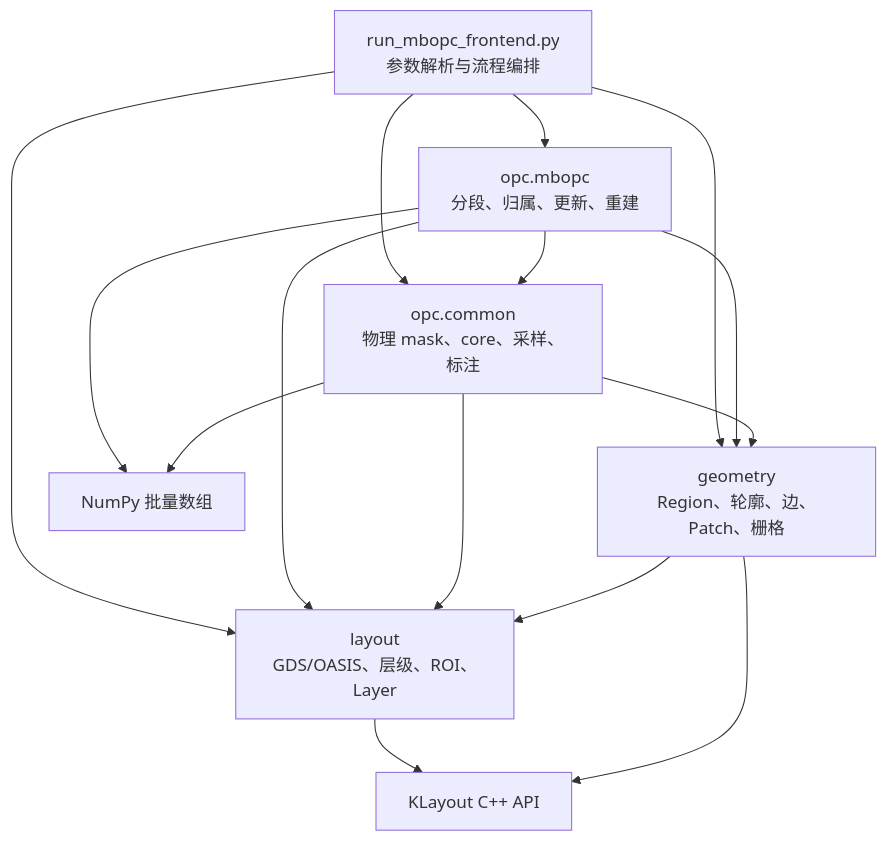
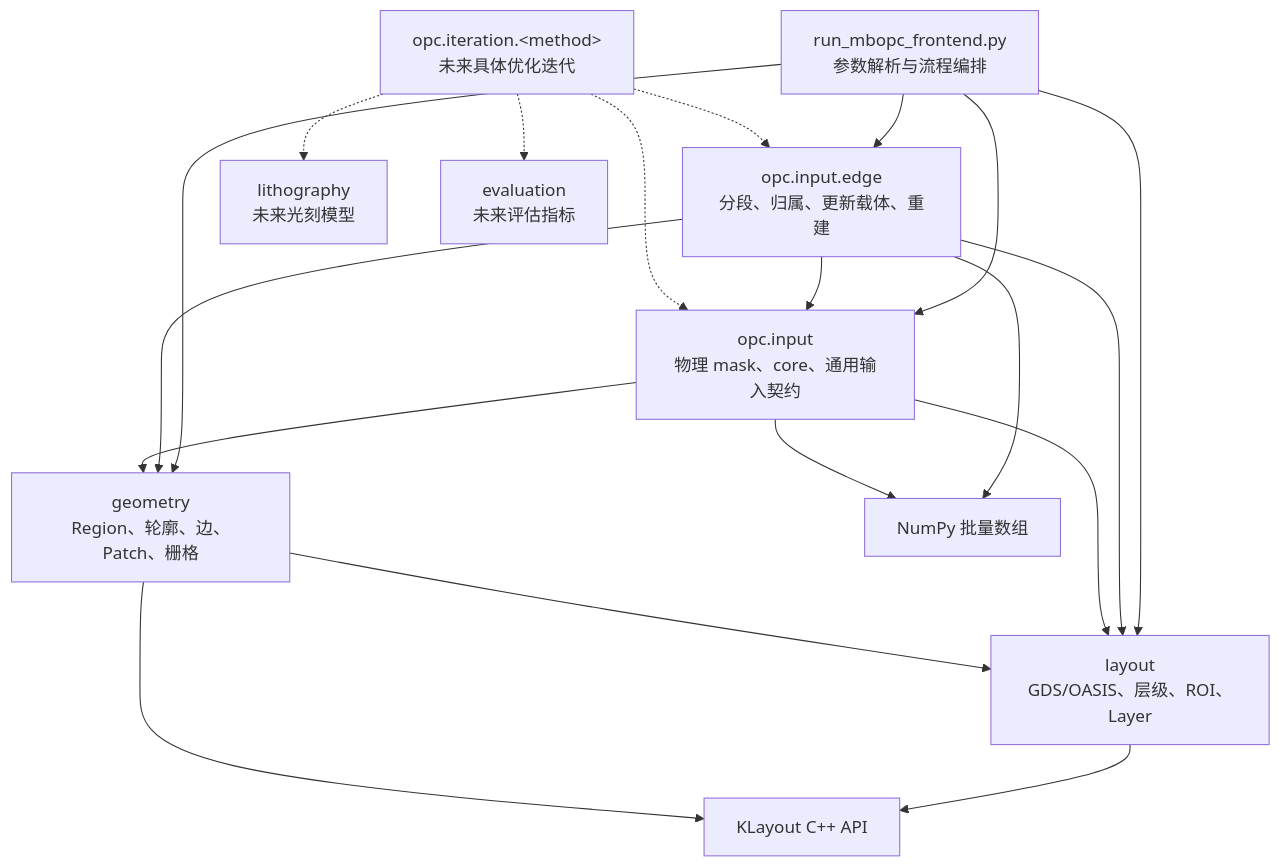
One commit to Eve429/MyOPC changed the first of 9 diagrams in doc/function_call_architecture.md. Above: the diagram before and after it, drawn with Mermaid. The commit also changed other lines of this file and 29 other files, not shown here.

Commit message:
refactor(opc): split input and iteration directories

````diff
--- a/doc/function_call_architecture.md
+++ b/doc/function_call_architecture.md
@@ -16,25 +16,32 @@
 ```mermaid
 flowchart TB
     CLI["run_mbopc_frontend.py<br/>参数解析与流程编排"]
-    MB["opc.mbopc<br/>分段、归属、更新、重建"]
-    COMMON["opc.common<br/>物理 mask、core、采样、标注"]
+    MB["opc.input.edge<br/>分段、归属、更新载体、重建"]
+    COMMON["opc.input<br/>物理 mask、core、通用输入契约"]
+    ITERATION["opc.iteration.&lt;method&gt;<br/>未来具体优化迭代"]
+    LITHOGRAPHY["lithography<br/>未来光刻模型"]
+    EVALUATION["evaluation<br/>未来评估指标"]
     GEOMETRY["geometry<br/>Region、轮廓、边、Patch、栅格"]
     LAYOUT["layout<br/>GDS/OASIS、层级、ROI、Layer"]
     KLAYOUT["KLayout C++ API"]
     NUMPY["NumPy 批量数组"]
 
     CLI --> MB
     CLI --> COMMON
     CLI --> GEOMETRY
     CLI --> LAYOUT
     MB --> COMMON
     MB --> GEOMETRY
     MB --> LAYOUT
     COMMON --> GEOMETRY
     COMMON --> LAYOUT
     GEOMETRY --> LAYOUT
     LAYOUT --> KLAYOUT
     GEOMETRY --> KLAYOUT
     MB --> NUMPY
     COMMON --> NUMPY
+    ITERATION -.-> MB
+    ITERATION -.-> COMMON
+    ITERATION -.-> LITHOGRAPHY
+    ITERATION -.-> EVALUATION
 ```
````
